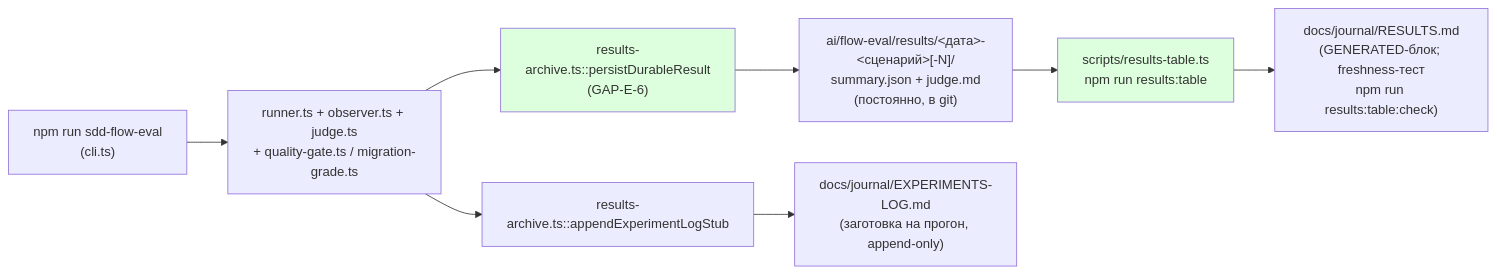
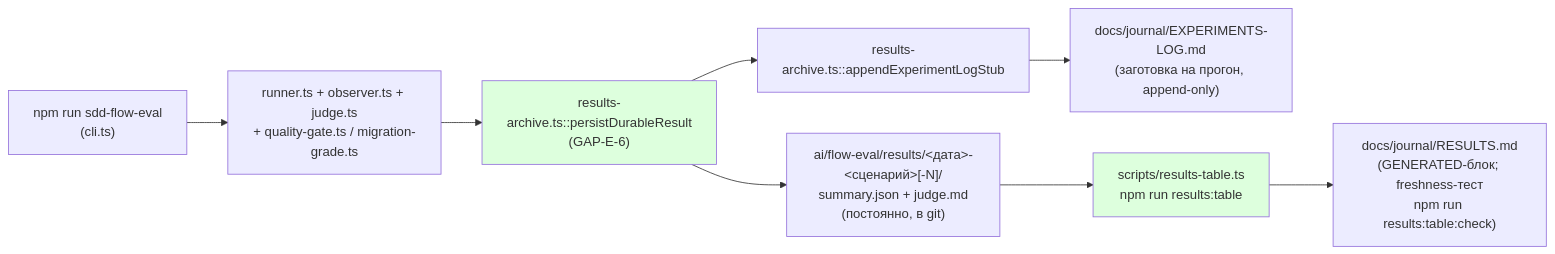
Before and after one commit to RubaXa/gennady: the diagram in ai/drafts/research/sdd-v1-to-v2-transfer/_raw/reports/R-BATCH-07-eval-reproducible.md, drawn with Mermaid. The commit also changed other lines of this file and 10 other files, not shown here.

````diff
--- a/ai/drafts/research/sdd-v1-to-v2-transfer/_raw/reports/R-BATCH-07-eval-reproducible.md
+++ b/ai/drafts/research/sdd-v1-to-v2-transfer/_raw/reports/R-BATCH-07-eval-reproducible.md
@@ -70,12 +74,12 @@
 ```mermaid
 flowchart LR
   A["npm run sdd-flow-eval\n(cli.ts)"] --> B["runner.ts + observer.ts + judge.ts\n+ quality-gate.ts / migration-grade.ts"]
   B --> C["results-archive.ts::persistDurableResult\n(GAP-E-6)"]
   C --> D["ai/flow-eval/results/<дата>-<сценарий>[-N]/\nsummary.json + judge.md\n(постоянно, в git)"]
-  B --> E["results-archive.ts::appendExperimentLogStub"]
+  C --> E["results-archive.ts::appendExperimentLogStub"]
   E --> F["docs/journal/EXPERIMENTS-LOG.md\n(заготовка на прогон, append-only)"]
   D --> G["scripts/results-table.ts\nnpm run results:table"]
   G --> H["docs/journal/RESULTS.md\n(GENERATED-блок; freshness-тест\nnpm run results:table:check)"]
   style C fill:#dfd
   style G fill:#dfd
 ```
````
